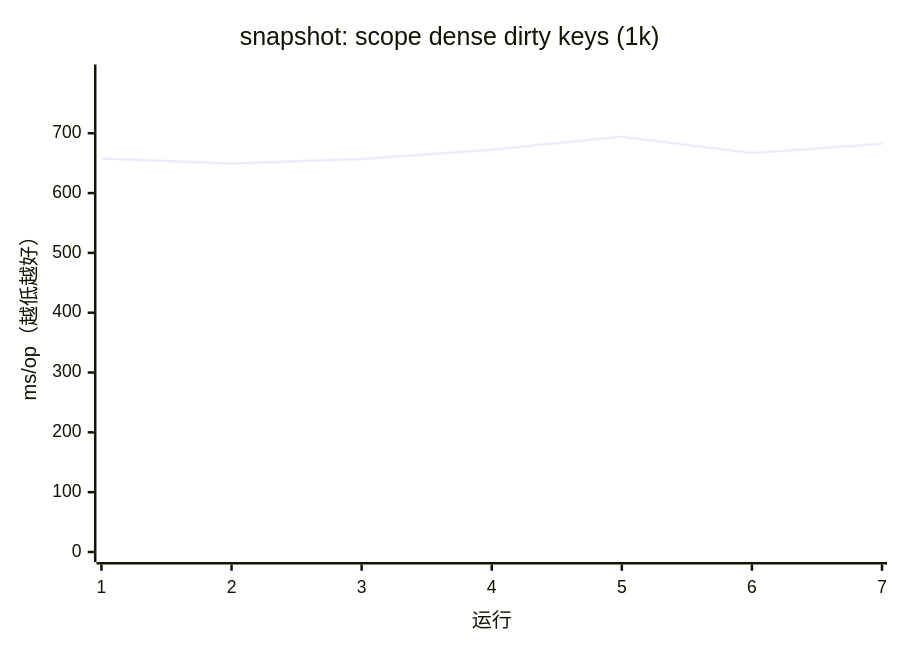
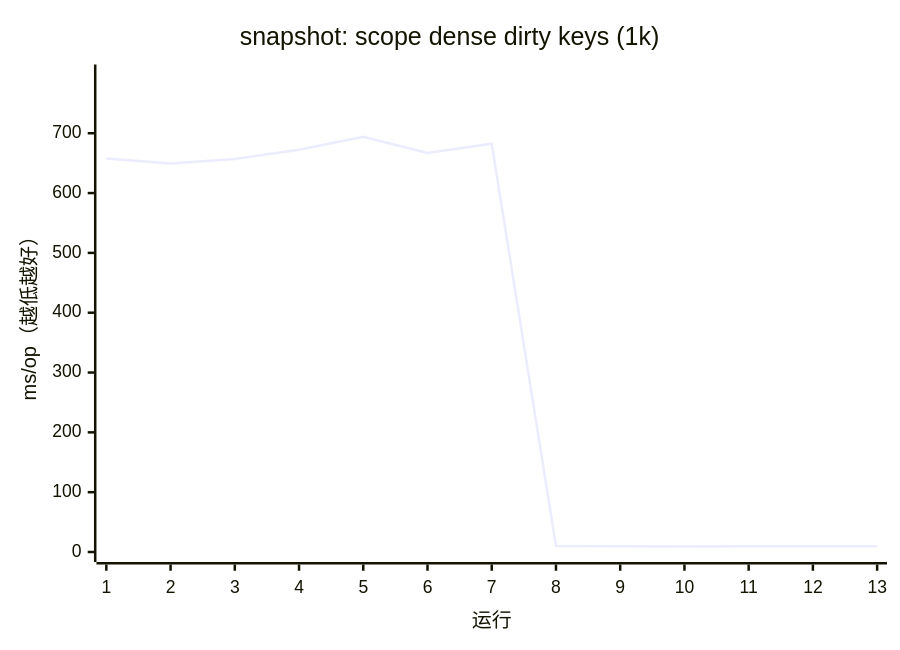
One commit to AIluffy/io changed the fourth of 17 diagrams in apps/docs/src/content/docs/guides/benchmark.mdx. Above: the diagram before and after it, drawn with Mermaid. The commit also changed other lines of this file and 11 other files, not shown here.

````diff
--- a/apps/docs/src/content/docs/guides/benchmark.mdx
+++ b/apps/docs/src/content/docs/guides/benchmark.mdx
@@ -134,7 +221,7 @@
 ```mermaid
 xychart-beta
   title "snapshot: scope dense dirty keys (1k)"
-  x-axis "运行" [1, 2, 3, 4, 5, 6, 7]
+  x-axis "运行" [1, 2, 3, 4, 5, 6, 7, 8, 9, 10, 11, 12, 13]
   y-axis "ms/op（越低越好）" 0 --> 798.196
-  line [657.7338, 649.4971, 656.8009, 672.4747, 694.0835, 666.831, 682.4672]
+  line [657.7338, 649.4971, 656.8009, 672.4747, 694.0835, 666.831, 682.4672, 10.0629, 9.4418, 9.3377, 9.5797, 9.7117, 9.6769]
 ```
````
